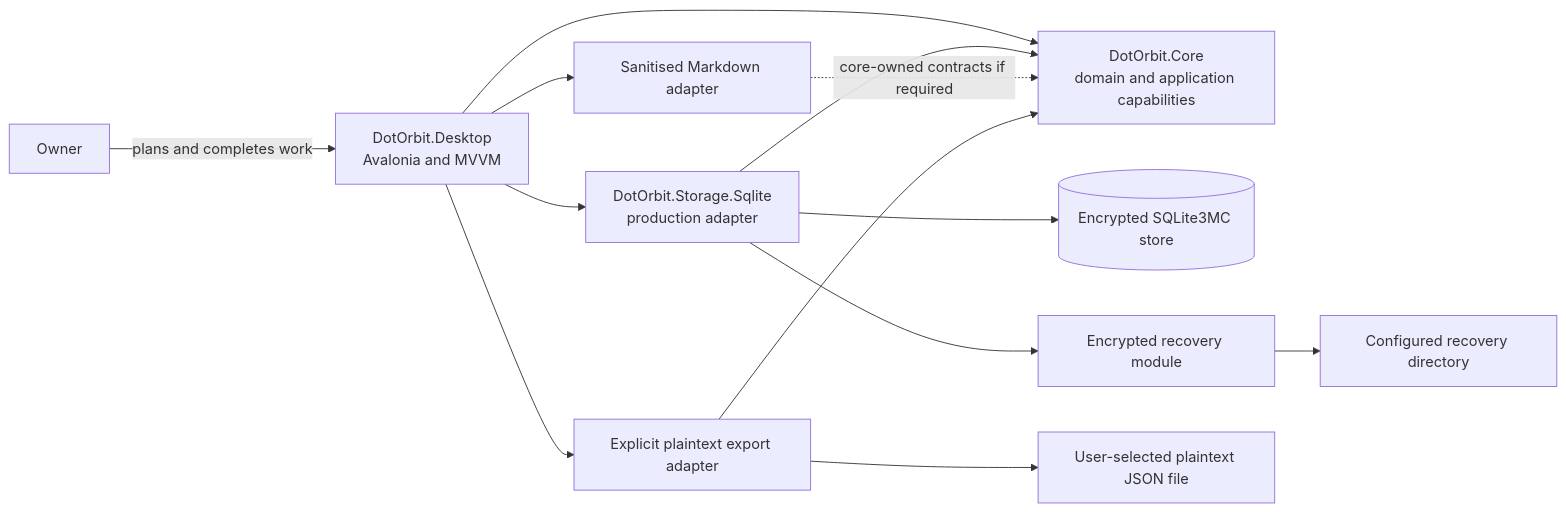
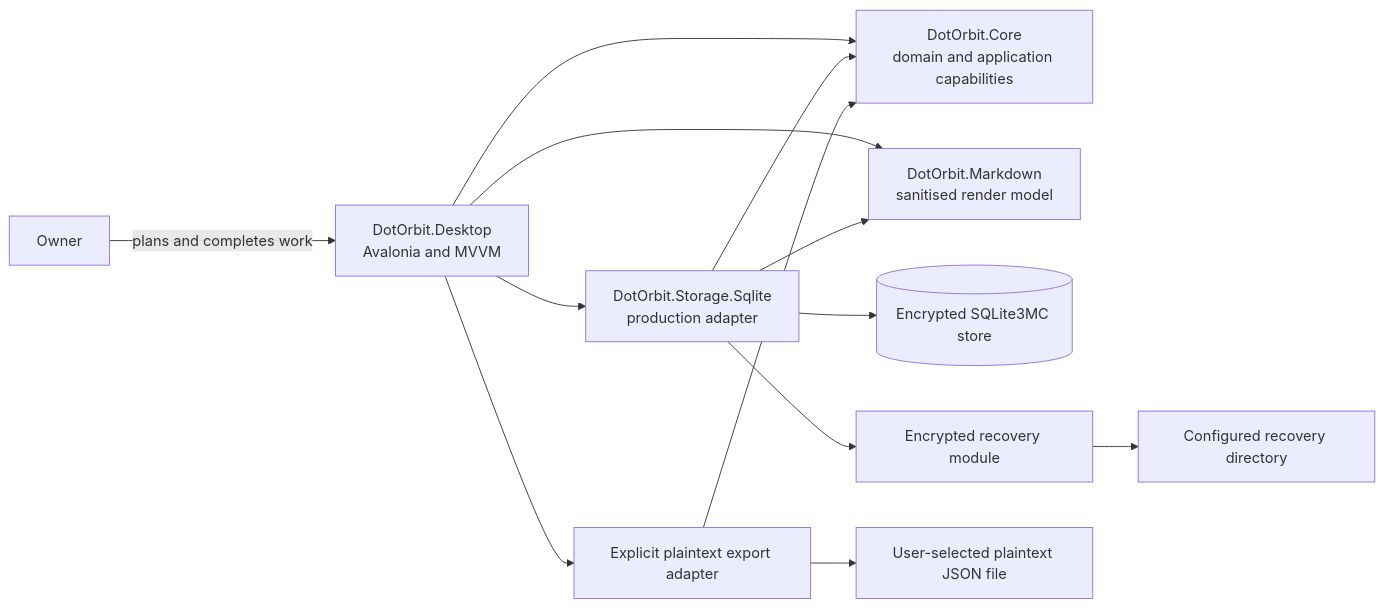
The diagram in docs/architecture/system-context.md (nullabletype/dot-orbit), drawn with Mermaid before and after one commit. The commit also changed other lines of this file and 31 other files, not shown here.

````diff
--- a/docs/architecture/system-context.md
+++ b/docs/architecture/system-context.md
@@ -5,15 +5,15 @@
 ```mermaid
 flowchart LR
     Owner[Owner] -->|plans and completes work| Desktop[DotOrbit.Desktop<br/>Avalonia and MVVM]
     Desktop --> Core[DotOrbit.Core<br/>domain and application capabilities]
     Desktop --> Storage[DotOrbit.Storage.Sqlite<br/>production adapter]
-    Desktop --> Markdown[Sanitised Markdown adapter]
+    Desktop --> Markdown[DotOrbit.Markdown<br/>sanitised render model]
     Desktop --> Export[Explicit plaintext export adapter]
     Storage --> Core
-    Markdown -.->|core-owned contracts if required| Core
+    Storage --> Markdown
     Export --> Core
     Storage --> Store[(Encrypted SQLite3MC store)]
     Storage --> Recovery[Encrypted recovery module]
     Recovery --> BackupFolder[Configured recovery directory]
     Export --> ExportFile[User-selected plaintext JSON file]
 ```
````
